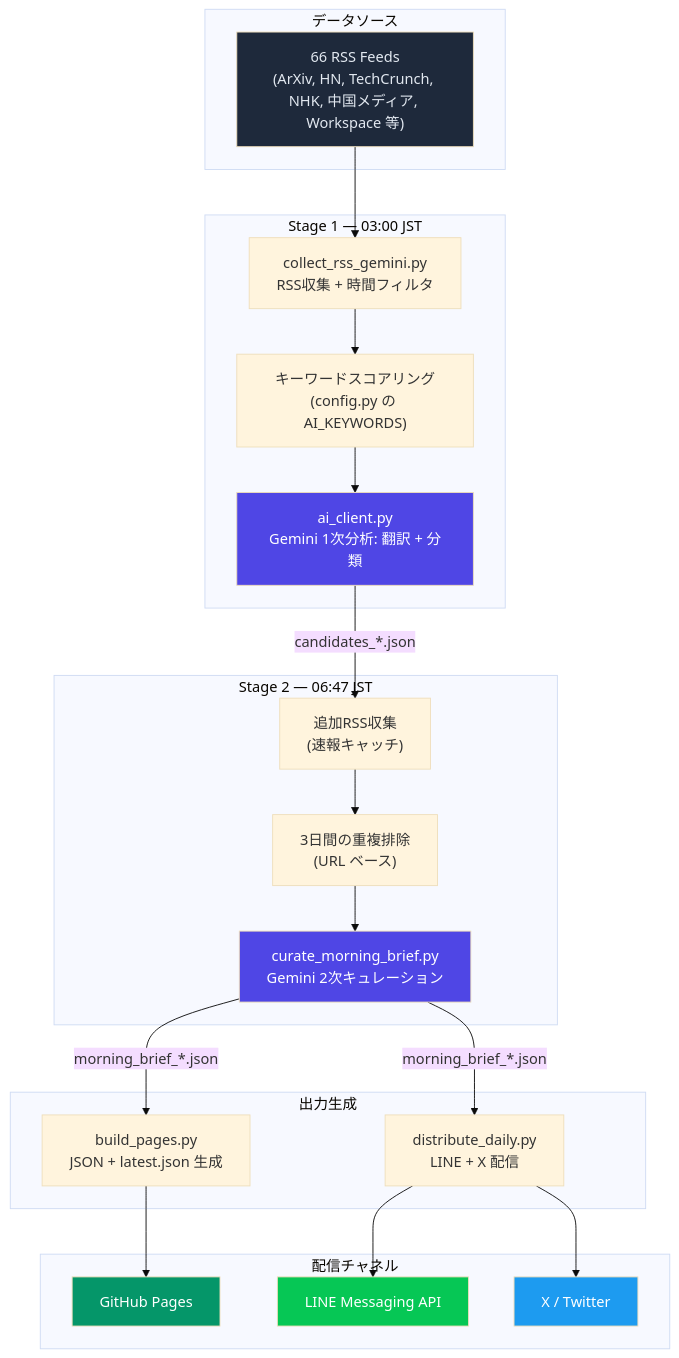
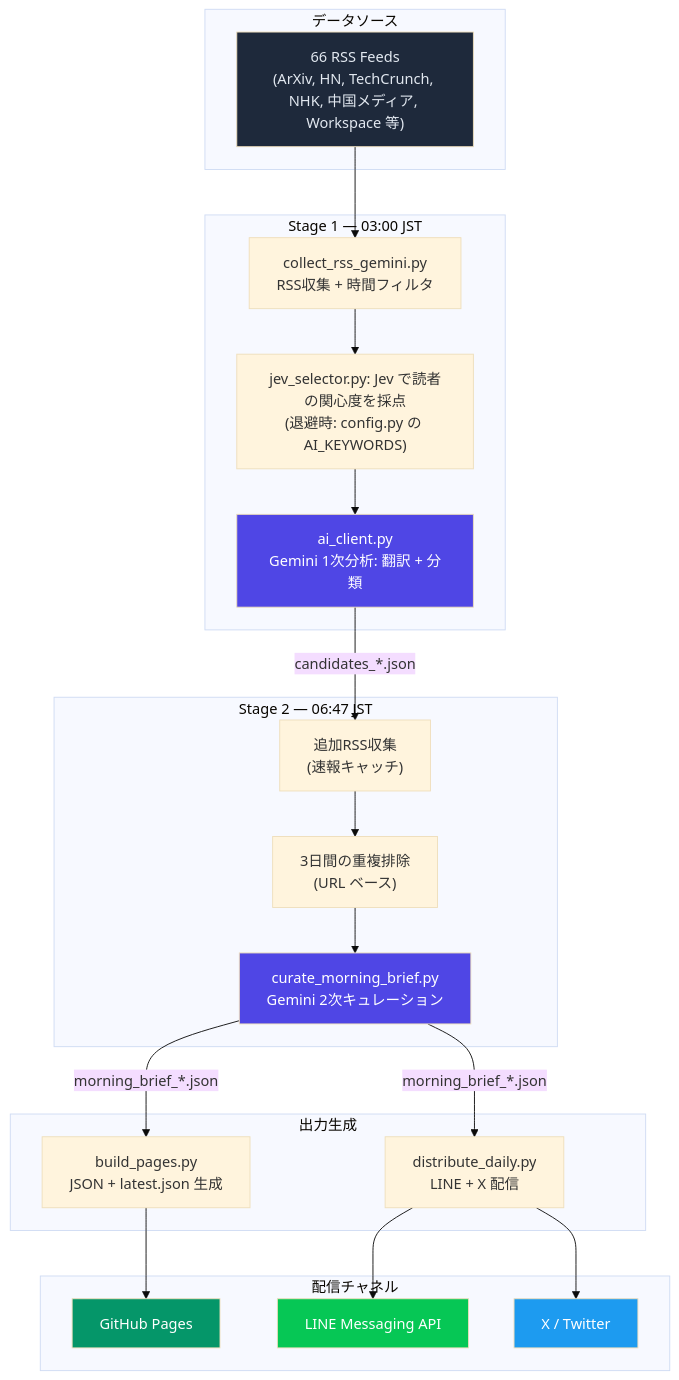
Before and after one commit to TadFuji/ai-news-bot: the diagram in README.md, drawn with Mermaid (base theme). The commit also changed other lines of this file and 7 other files, not shown here.

````diff
--- a/README.md
+++ b/README.md
@@ -70,45 +70,45 @@
 ```mermaid
 graph TD
     subgraph "データソース"
         RSS["66 RSS Feeds<br/>(ArXiv, HN, TechCrunch, NHK, 中国メディア, Workspace 等)"]
     end
 
     subgraph "Stage 1 — 03:00 JST"
         COLLECT["collect_rss_gemini.py<br/>RSS収集 + 時間フィルタ"]
-        SCORE["キーワードスコアリング<br/>(config.py の AI_KEYWORDS)"]
+        SCORE["jev_selector.py: Jev で読者の関心度を採点<br/>(退避時: config.py の AI_KEYWORDS)"]
         GEMINI1["ai_client.py<br/>Gemini 1次分析: 翻訳 + 分類"]
     end
 
     subgraph "Stage 2 — 06:47 JST"
         FRESH["追加RSS収集<br/>(速報キャッチ)"]
         DEDUP["3日間の重複排除<br/>(URL ベース)"]
         GEMINI2["curate_morning_brief.py<br/>Gemini 2次キュレーション"]
     end
 
     subgraph "出力生成"
         BUILD["build_pages.py<br/>JSON + latest.json 生成"]
         DIST["distribute_daily.py<br/>LINE + X 配信"]
     end
 
     subgraph "配信チャネル"
         WEB["GitHub Pages"]
         LINE["LINE Messaging API"]
         X["X / Twitter"]
     end
 
     RSS --> COLLECT --> SCORE --> GEMINI1
     GEMINI1 -->|"candidates_*.json"| FRESH
     FRESH --> DEDUP --> GEMINI2
     GEMINI2 -->|"morning_brief_*.json"| BUILD
     GEMINI2 -->|"morning_brief_*.json"| DIST
     BUILD --> WEB
     DIST --> LINE
     DIST --> X
 
     style RSS fill:#1e293b,color:#e2e8f0
     style GEMINI1 fill:#4f46e5,color:#fff
     style GEMINI2 fill:#4f46e5,color:#fff
     style WEB fill:#059669,color:#fff
     style LINE fill:#06c755,color:#fff
     style X fill:#1d9bf0,color:#fff
 ```
````
